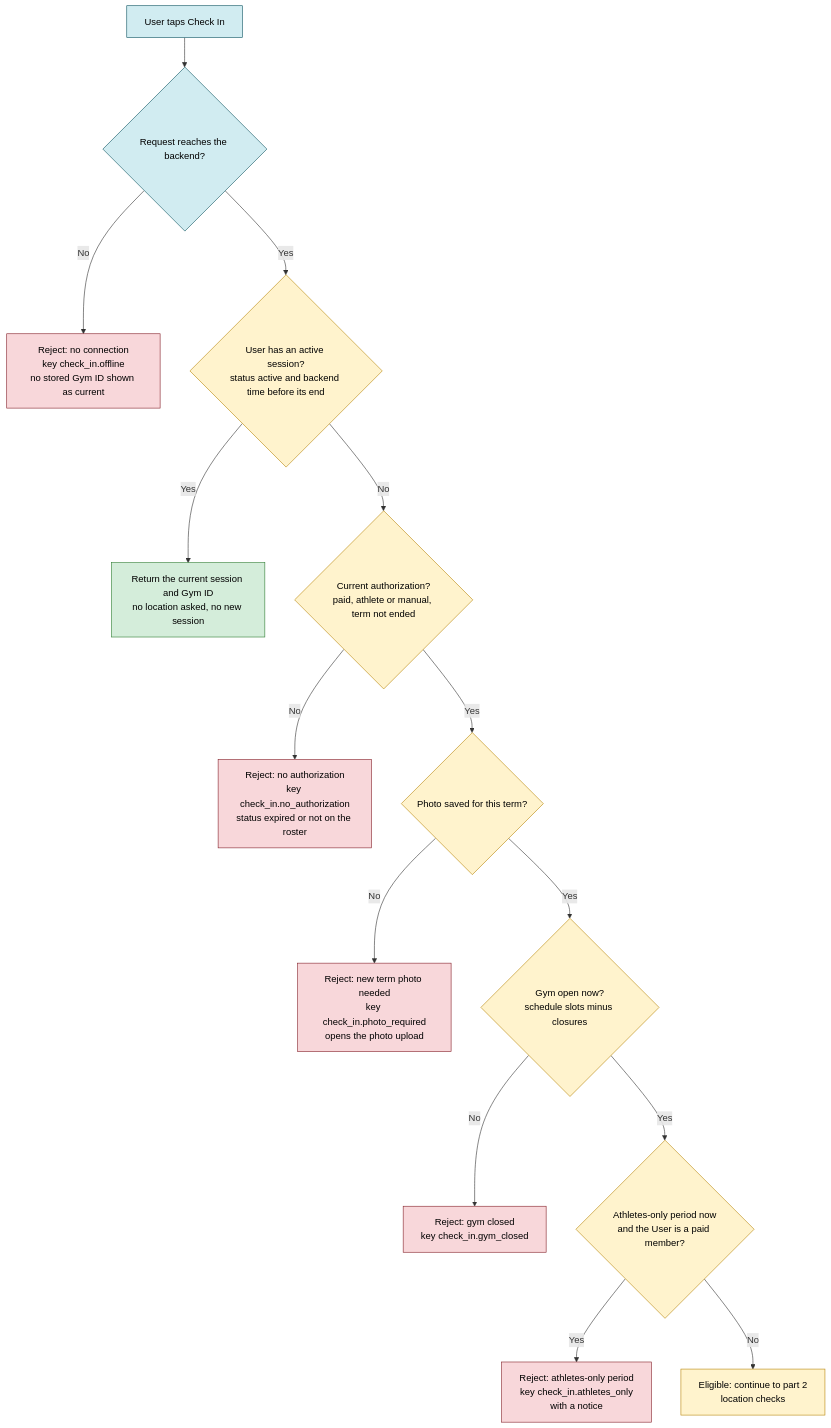
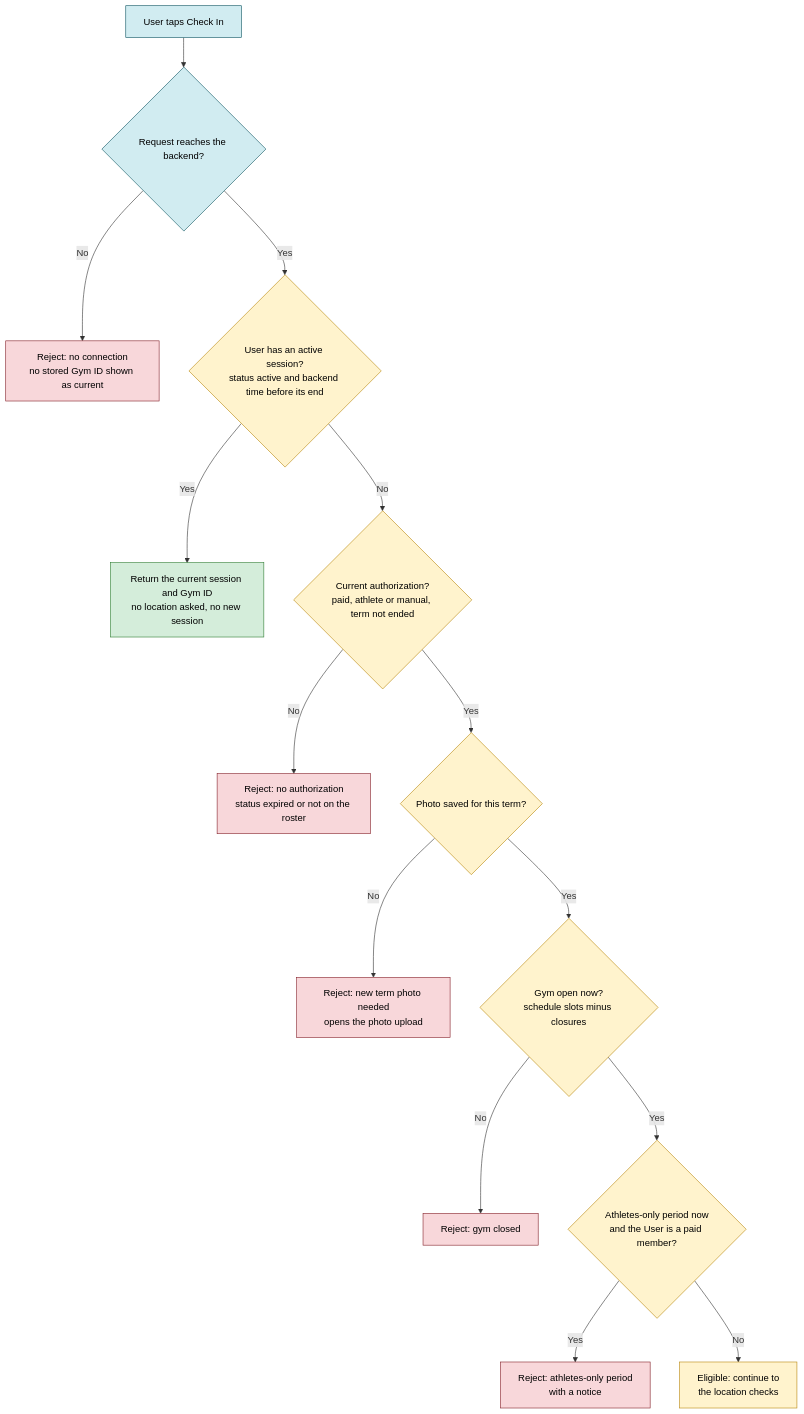
Before and after one commit to Th3-Minorities/natatorio-gym-app: the first of 10 diagrams in docs/design/check-in-flows.md, drawn with Mermaid. The commit also changed other lines of this file, not shown here.

Commit message:
Let Staff check the roster during Check In verification

````diff
--- a/docs/design/check-in-flows.md
+++ b/docs/design/check-in-flows.md
@@ -11,25 +13,25 @@
 ```mermaid
 flowchart TD
   A["User taps Check In"] --> B{"Request reaches the backend?"}
-  B -- "No" --> R1["Reject: no connection<br/>key check_in.offline<br/>no stored Gym ID shown as current"]
+  B -- "No" --> R1["Reject: no connection<br/>no stored Gym ID shown as current"]
   B -- "Yes" --> C{"User has an active session?<br/>status active and backend time before its end"}
   C -- "Yes" --> S0["Return the current session and Gym ID<br/>no location asked, no new session"]
   C -- "No" --> D{"Current authorization?<br/>paid, athlete or manual, term not ended"}
-  D -- "No" --> R2["Reject: no authorization<br/>key check_in.no_authorization<br/>status expired or not on the roster"]
+  D -- "No" --> R2["Reject: no authorization<br/>status expired or not on the roster"]
   D -- "Yes" --> E{"Photo saved for this term?"}
-  E -- "No" --> R3["Reject: new term photo needed<br/>key check_in.photo_required<br/>opens the photo upload"]
+  E -- "No" --> R3["Reject: new term photo needed<br/>opens the photo upload"]
   E -- "Yes" --> F{"Gym open now?<br/>schedule slots minus closures"}
-  F -- "No" --> R4["Reject: gym closed<br/>key check_in.gym_closed"]
+  F -- "No" --> R4["Reject: gym closed"]
   F -- "Yes" --> G{"Athletes-only period now<br/>and the User is a paid member?"}
-  G -- "Yes" --> R5["Reject: athletes-only period<br/>key check_in.athletes_only<br/>with a notice"]
-  G -- "No" --> L["Eligible: continue to part 2<br/>location checks"]
+  G -- "Yes" --> R5["Reject: athletes-only period<br/>with a notice"]
+  G -- "No" --> L["Eligible: continue to<br/>the location checks"]
 
   classDef client fill:#d1ecf1,stroke:#0c5460,color:#000
   classDef back fill:#fff3cd,stroke:#b8860b,color:#000
   classDef reject fill:#f8d7da,stroke:#842029,color:#000
   classDef ok fill:#d4edda,stroke:#2e7d32,color:#000
   class A,B client
   class C,D,E,F,G,L back
   class R1,R2,R3,R4,R5 reject
   class S0 ok
 ```
````
